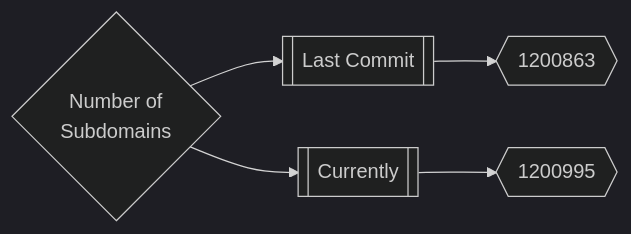
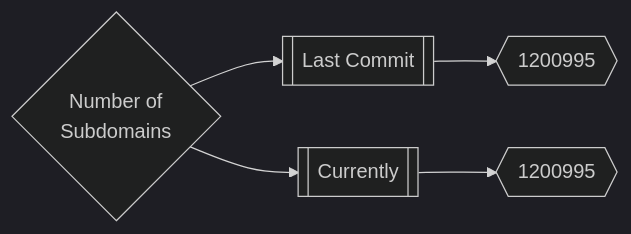
Before and after one commit to trickest/inventory: the first of 3 diagrams in README.md, drawn with Mermaid (dark theme). The commit also changed 2 other files, not shown here.

Commit message:
Update Sat Apr  2 22:06:28 UTC 2022

````diff
--- a/README.md
+++ b/README.md
@@ -165,5 +165,5 @@
 ```mermaid
 graph LR
-title{Number of<br>Subdomains} --> subdomainsDate1[[Last Commit]] --> subdomainsNum1{{1200863}}
+title{Number of<br>Subdomains} --> subdomainsDate1[[Last Commit]] --> subdomainsNum1{{1200995}}
 title --> subdomainsDate2[[Currently]] --> subdomainsNum2{{1200995}}
 ```
````
